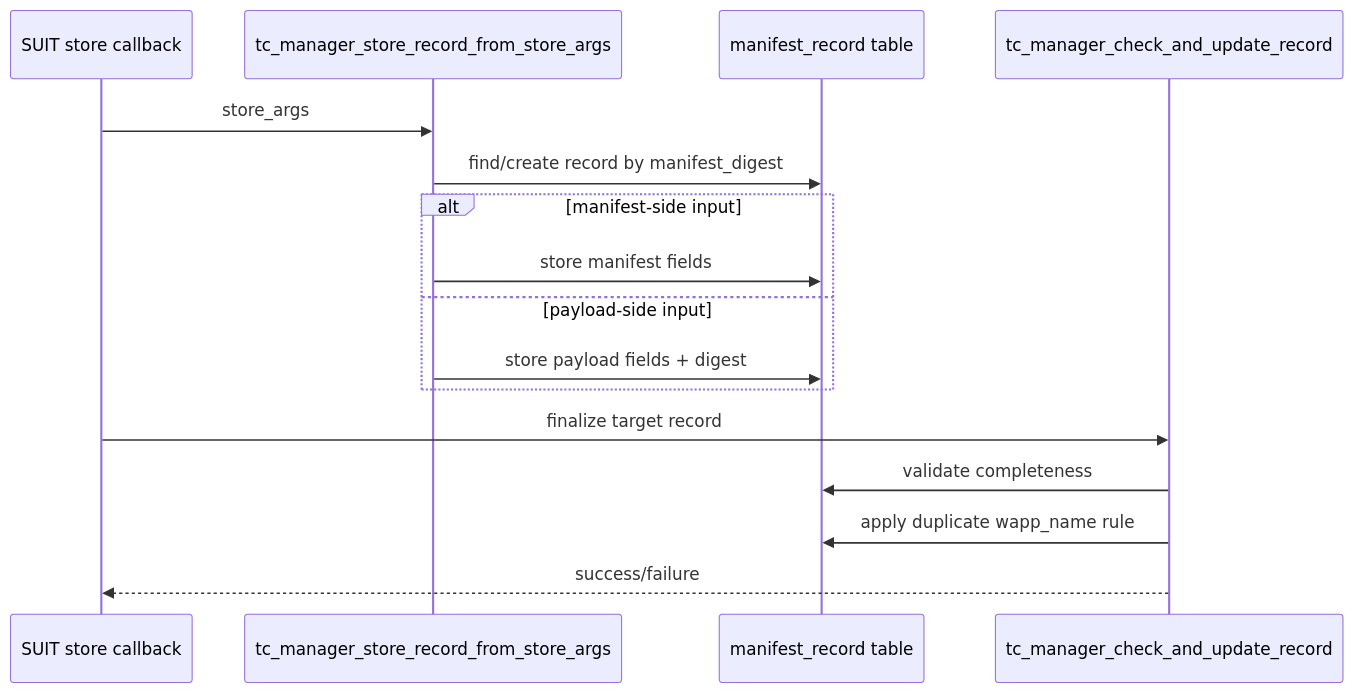
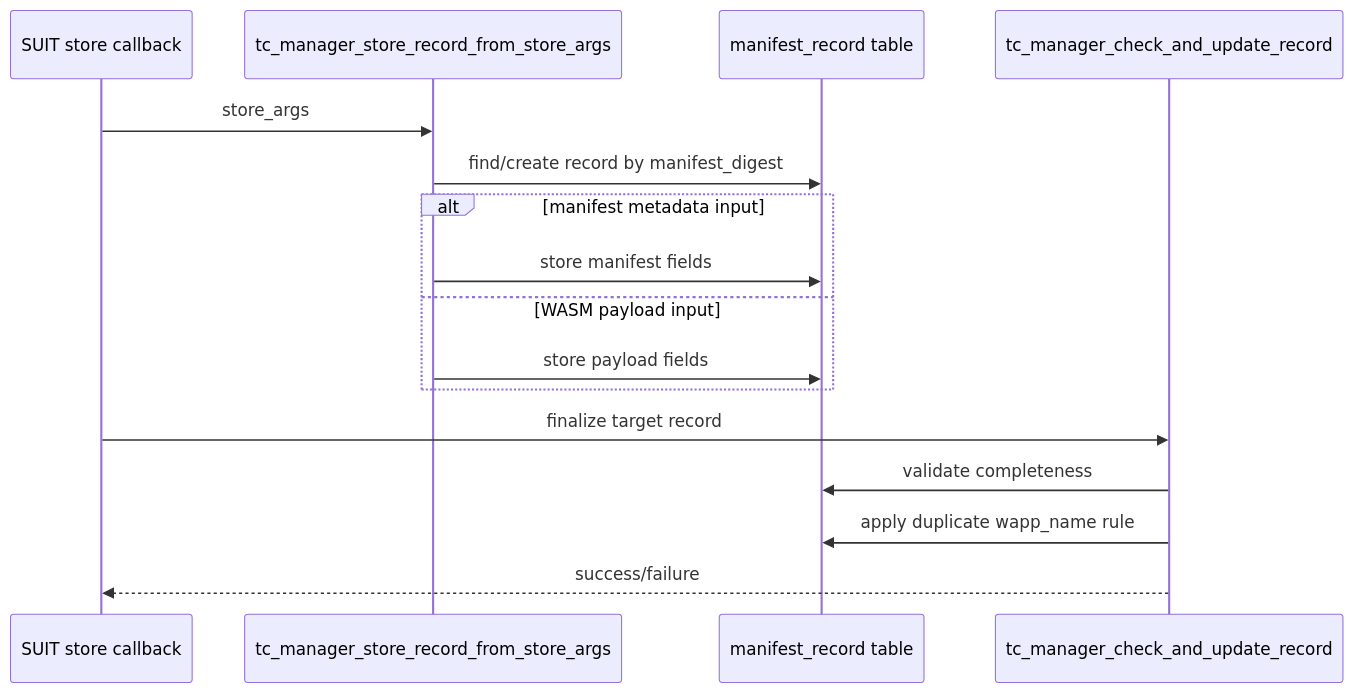
One commit to yuma-nishi/taws changed the diagram in doc/tc-manager.md. Above: the diagram before and after it, drawn with Mermaid. The commit also changed other lines of this file and 5 other files, not shown here.

````diff
--- a/doc/tc-manager.md
+++ b/doc/tc-manager.md
@@ -29,20 +28,20 @@
 ```mermaid
 sequenceDiagram
     participant SUIT as SUIT store callback
     participant TCM as tc_manager_store_record_from_store_args
     participant TABLE as manifest_record table
     participant FIN as tc_manager_check_and_update_record
 
     SUIT->>TCM: store_args
     TCM->>TABLE: find/create record by manifest_digest
-    alt manifest-side input
+    alt manifest metadata input
         TCM->>TABLE: store manifest fields
-    else payload-side input
-        TCM->>TABLE: store payload fields + digest
+    else WASM payload input
+        TCM->>TABLE: store payload fields
     end
 
     SUIT->>FIN: finalize target record
     FIN->>TABLE: validate completeness
     FIN->>TABLE: apply duplicate wapp_name rule
     FIN-->>SUIT: success/failure
 ```
````
